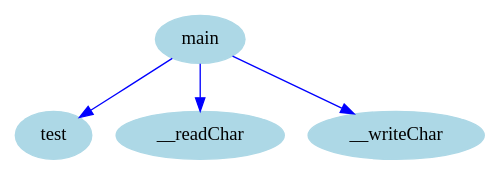
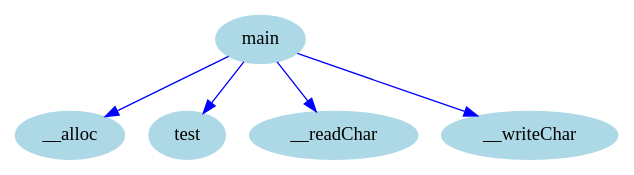
Before and after one commit to zavar152-cv/myLang-oop-compiler: the diagram in outputs/cfg/cg.dot, drawn with Graphviz. The commit also changed 8 other files, not shown here.

```diff
--- a/outputs/cfg/cg.dot
+++ b/outputs/cfg/cg.dot
@@ -1,12 +1,14 @@
 digraph CallGraph {
     node [shape=ellipse, style=filled, color=lightblue];
 
+    "__alloc";
     "test";
     "__readChar";
     "__writeChar";
     "main";
 
+    "main" -> "__alloc" [color=blue];
     "main" -> "test" [color=blue];
     "main" -> "__readChar" [color=blue];
     "main" -> "__writeChar" [color=blue];
 }
```
